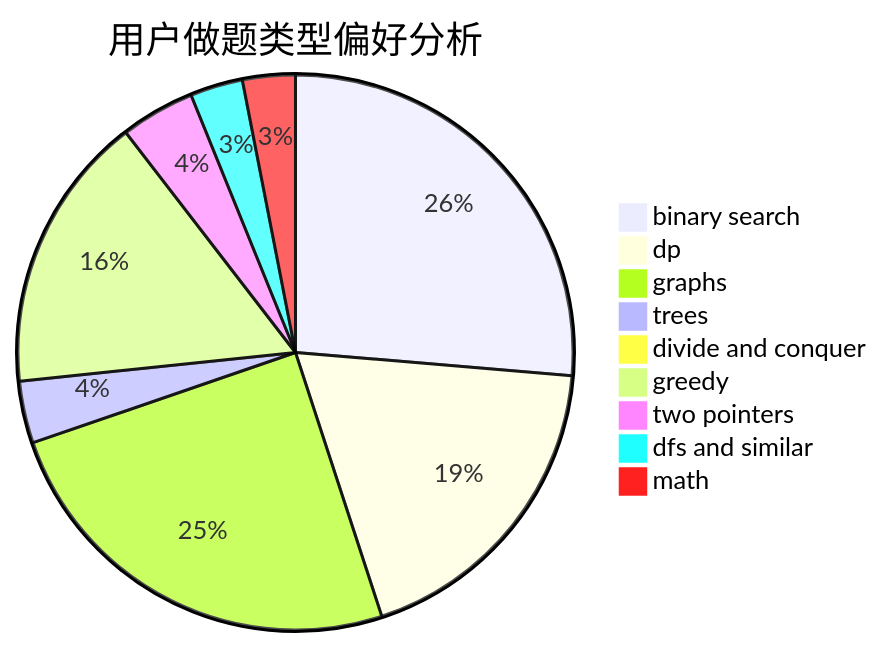
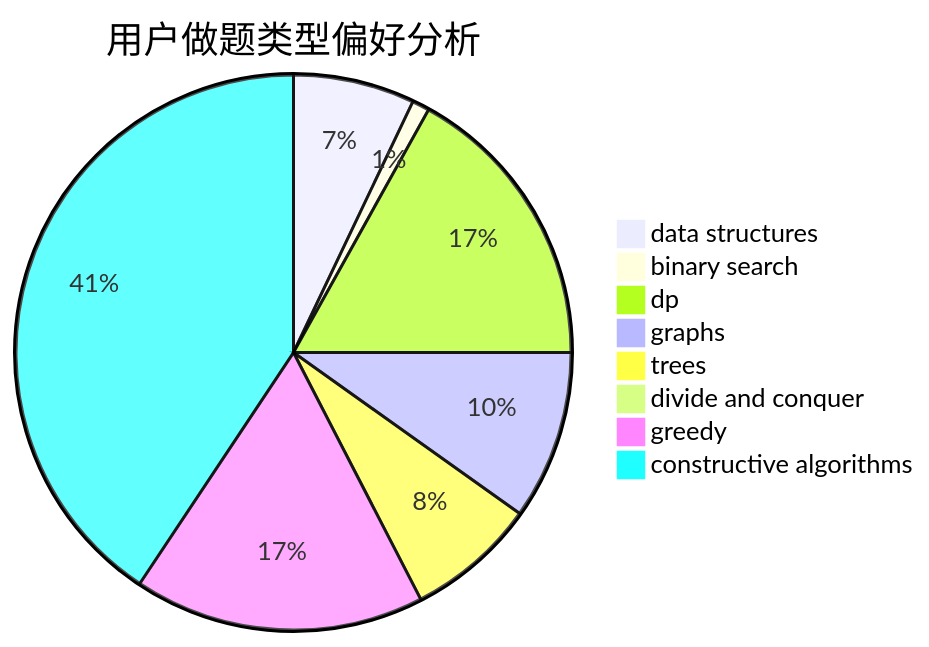
One commit to sherpahu/cfrs.github.io changed the second of 3 diagrams in docs/user/u1809.md. Above: the diagram before and after it, drawn with Mermaid. The commit also changed other lines of this file and 2775 other files, not shown here.

````diff
--- a/docs/user/u1809.md
+++ b/docs/user/u1809.md
@@ -23,12 +23,11 @@
 ```mermaid
 pie title 用户做题类型偏好分析
-    "binary search" :  335
-    "dp" :  237
-    "graphs" :  315
-    "trees" :  46
-    "divide and conquer" :  5
-    "greedy" :  206
-    "two pointers" :  55
-    "dfs and similar" :  39
-    "math" :  39
+    "data structures" :  28
+    "binary search" :  4
+    "dp" :  67
+    "graphs" :  39
+    "trees" :  30
+    "divide and conquer" :  0
+    "greedy" :  67
+    "constructive algorithms" :  161
 ```
````
